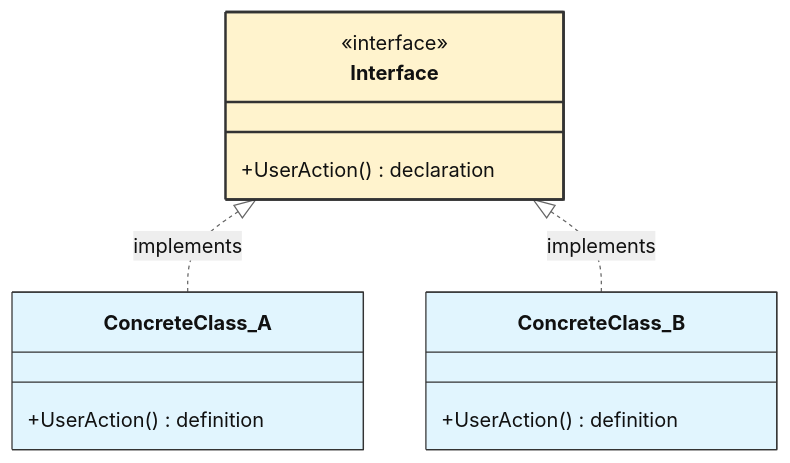
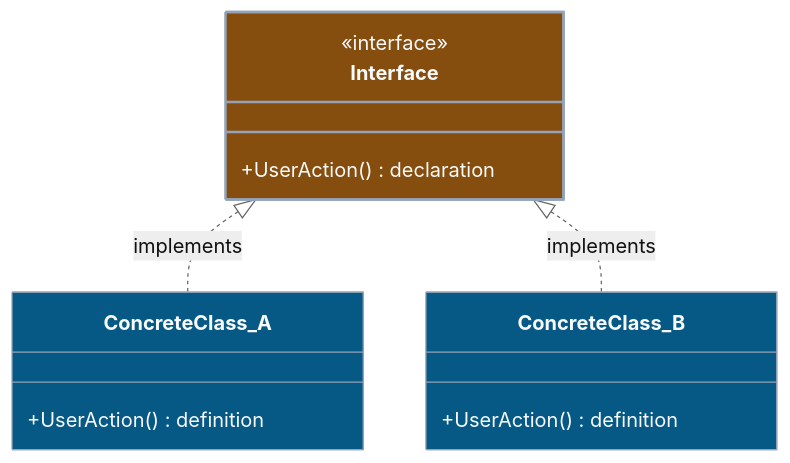
One commit to Kang-Hyesung/kang-hyesung.github.io changed the first of 3 diagrams in _posts/java/06-Polymorphism-다형성/2026-01-04-인터페이스.md. Above: the diagram before and after it, drawn with Mermaid (neutral theme). The commit also changed other lines of this file and 74 other files, not shown here.

Commit message:
docs: update post visibility and mermaid colors

````diff
--- a/_posts/java/06-Polymorphism-다형성/2026-01-04-인터페이스.md
+++ b/_posts/java/06-Polymorphism-다형성/2026-01-04-인터페이스.md
@@ -27,21 +27,21 @@
 ```mermaid
 classDiagram
     class Interface {
         <<interface>>
         +UserAction() declaration
     }
     class ConcreteClass_A {
         +UserAction() definition
     }
     class ConcreteClass_B {
         +UserAction() definition
     }
     
     Interface <|.. ConcreteClass_A : implements
     Interface <|.. ConcreteClass_B : implements
     
-    style Interface fill:#fff3cd,stroke:#333,stroke-width:2px
-    style ConcreteClass_A fill:#e1f5fe,stroke:#333
-    style ConcreteClass_B fill:#e1f5fe,stroke:#333
+    style Interface fill:#854d0e,stroke:#94a3b8,stroke-width:2px,color:#f8fafc
+    style ConcreteClass_A fill:#075985,stroke:#94a3b8,color:#f8fafc
+    style ConcreteClass_B fill:#075985,stroke:#94a3b8,color:#f8fafc
 
 ```
````
